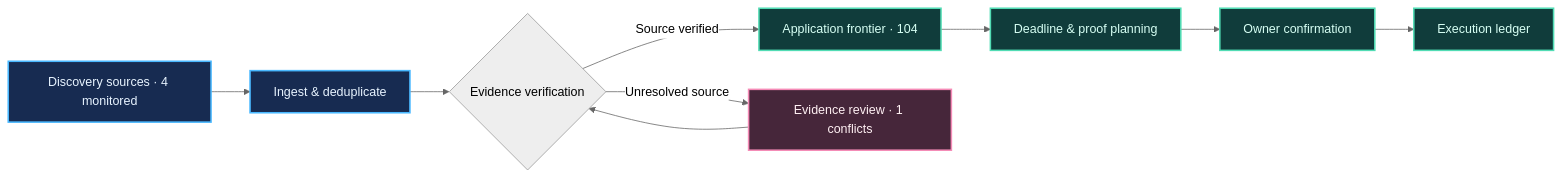
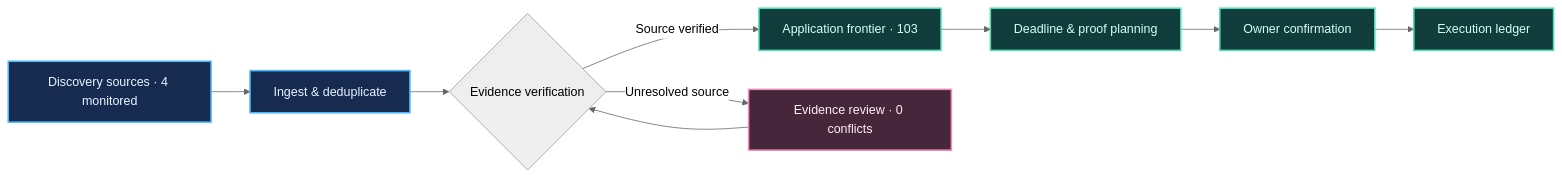
Before and after one commit to Armanasq/phd_tracker: the diagram in docs/diagrams/pipeline.mmd, drawn with Mermaid (neutral theme). The commit also changed 38 other files, not shown here.

```diff
--- a/docs/diagrams/pipeline.mmd
+++ b/docs/diagrams/pipeline.mmd
@@ -1,15 +1,15 @@
 flowchart LR
     A["Discovery sources · 4 monitored"] --> B["Ingest & deduplicate"]
     B --> C{"Evidence verification"}
-    C -->|"Source verified"| D["Application frontier · 104"]
-    C -->|"Unresolved source"| E["Evidence review · 1 conflicts"]
+    C -->|"Source verified"| D["Application frontier · 103"]
+    C -->|"Unresolved source"| E["Evidence review · 0 conflicts"]
     E --> C
     D --> F["Deadline & proof planning"]
     F --> G["Owner confirmation"]
     G --> H["Execution ledger"]
     classDef source fill:#172b51,color:#e8f4ff,stroke:#49b8ff,stroke-width:2px
     classDef verified fill:#103c3b,color:#d7fff4,stroke:#51dcb4,stroke-width:2px
     classDef attention fill:#46263a,color:#fff0f3,stroke:#f58bb7,stroke-width:2px
     class A,B source
     class D,F,G,H verified
     class E attention
```
